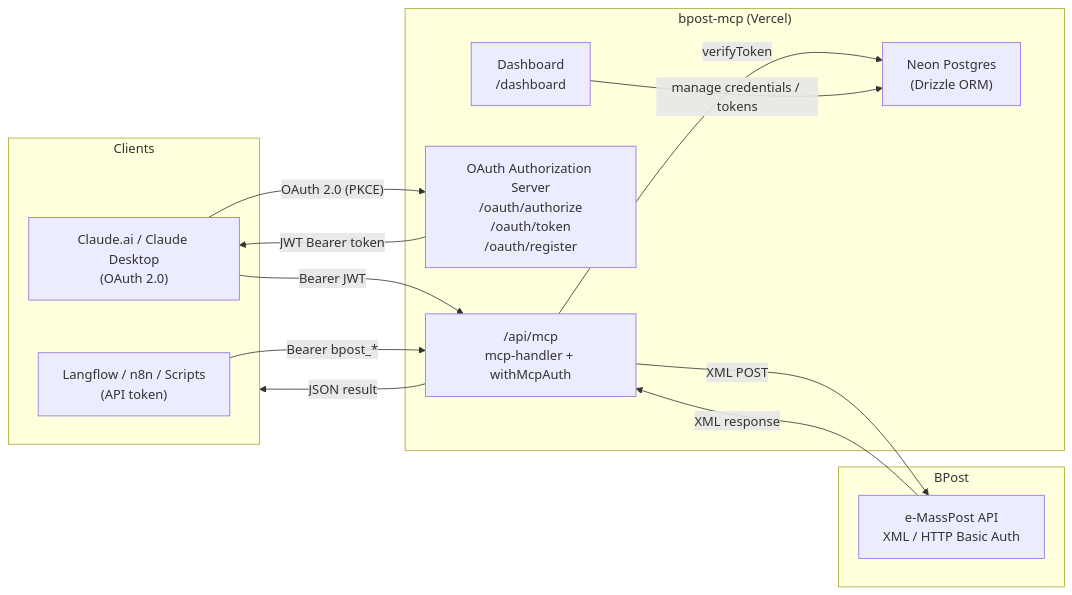
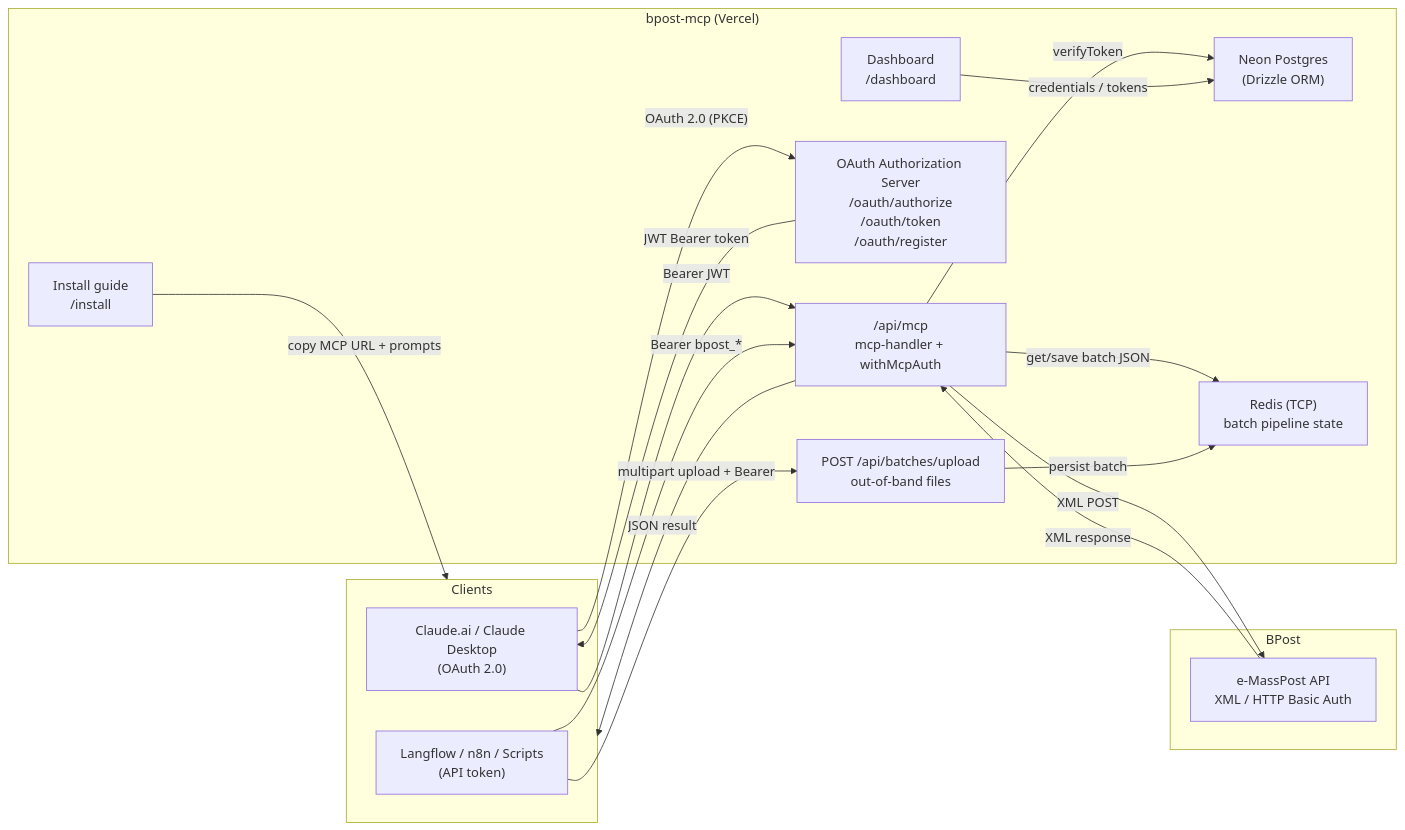
Before and after one commit to markminnoye/bpost-mcp: the first of 5 diagrams in docs/internal/architecture.md, drawn with Mermaid. The commit also changed other lines of this file and 16 other files, not shown here.

First line of the commit message:
feat(ui): shared customer UI, alpha banner, install guide, OAuth fixes, and tests

````diff
--- a/docs/internal/architecture.md
+++ b/docs/internal/architecture.md
@@ -16,28 +17,35 @@
 ```mermaid
 flowchart LR
     subgraph Clients["Clients"]
         A1["Claude.ai / Claude Desktop<br/>(OAuth 2.0)"]
         A2["Langflow / n8n / Scripts<br/>(API token)"]
     end
 
     subgraph Service["bpost-mcp (Vercel)"]
         MCP["/api/mcp<br/>mcp-handler + withMcpAuth"]
         AS["OAuth Authorization Server<br/>/oauth/authorize<br/>/oauth/token<br/>/oauth/register"]
         DB["Neon Postgres<br/>(Drizzle ORM)"]
+        R["Redis (TCP)<br/>batch pipeline state"]
         DASH["Dashboard<br/>/dashboard"]
+        INST["Install guide<br/>/install"]
+        UP["POST /api/batches/upload<br/>out-of-band files"]
     end
 
     subgraph BPost["BPost"]
         API["e-MassPost API<br/>XML / HTTP Basic Auth"]
     end
 
     A1 -- "OAuth 2.0 (PKCE)" --> AS
     AS -- "JWT Bearer token" --> A1
     A1 -- "Bearer JWT" --> MCP
     A2 -- "Bearer bpost_*" --> MCP
     MCP -- "verifyToken" --> DB
+    MCP -- "get/save batch JSON" --> R
     MCP -- "XML POST" --> API
     API -- "XML response" --> MCP
     MCP -- "JSON result" --> Clients
-    DASH -- "manage credentials / tokens" --> DB
+    A2 -- "multipart upload + Bearer" --> UP
+    UP -- "persist batch" --> R
+    DASH -- "credentials / tokens" --> DB
+    INST -- "copy MCP URL + prompts" --> Clients
 ```
````
